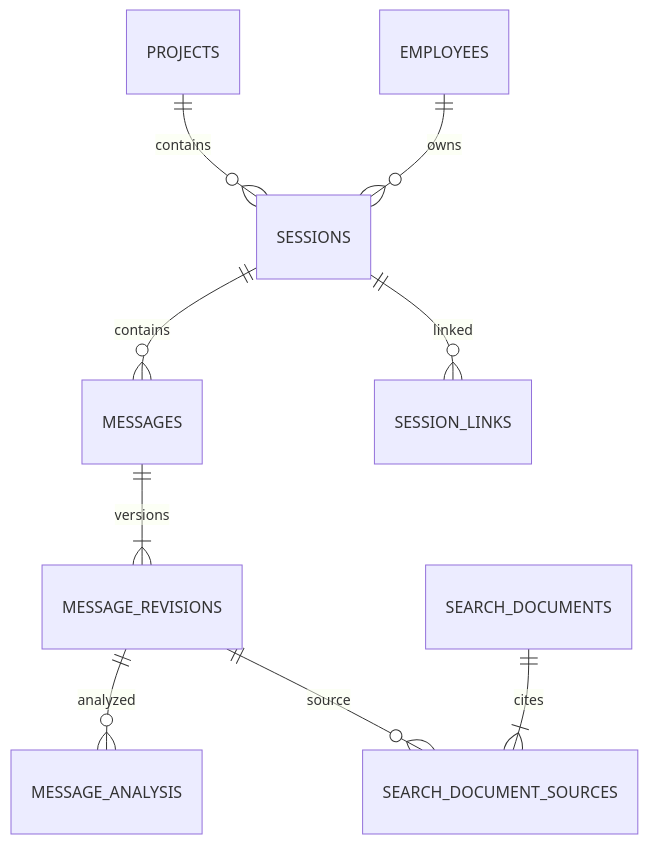
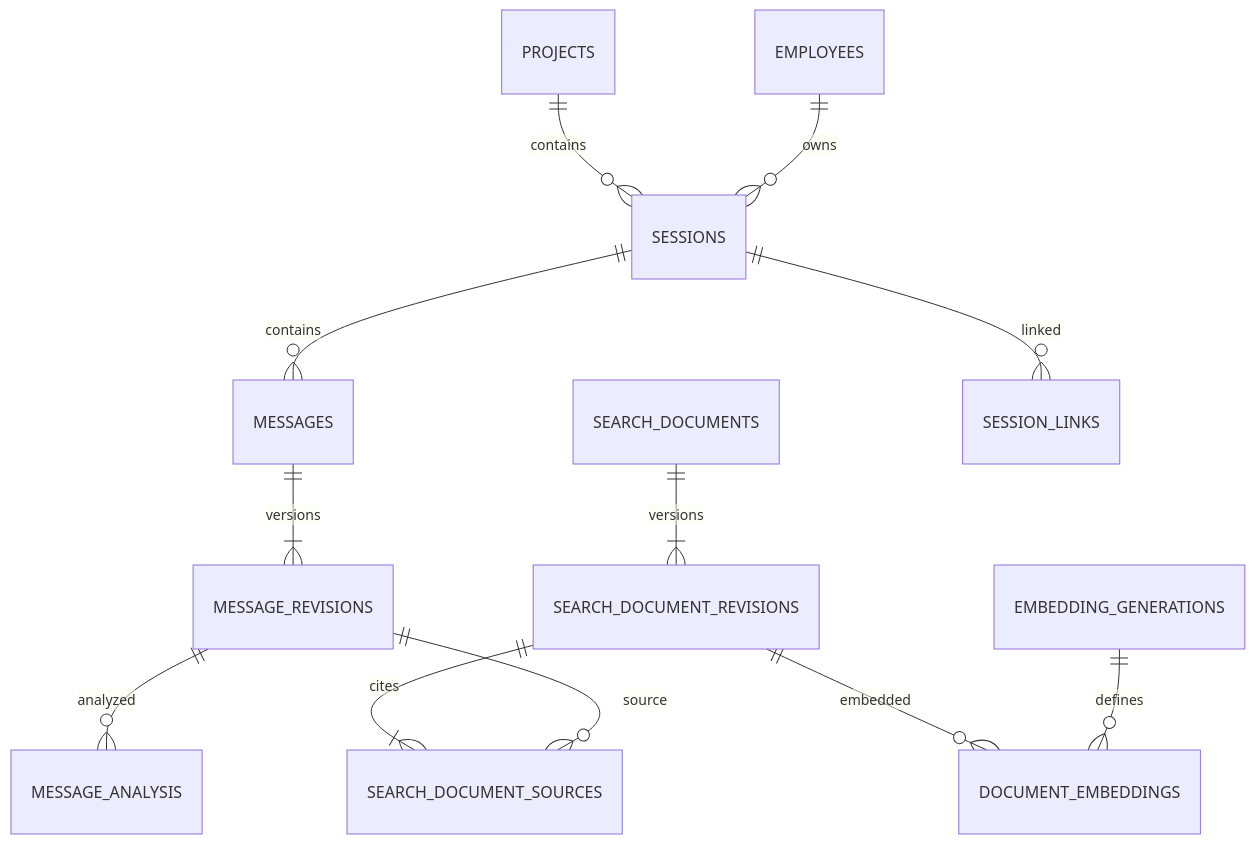
The second of 5 diagrams in development-conversation-memory-implementation-plan.md (k2-dev0/yori), drawn with Mermaid before and after one commit. The commit also changed other lines of this file, not shown here.

````diff
--- a/development-conversation-memory-implementation-plan.md
+++ b/development-conversation-memory-implementation-plan.md
@@ -209,11 +306,14 @@
 ```mermaid
 erDiagram
     PROJECTS ||--o{ SESSIONS : contains
     EMPLOYEES ||--o{ SESSIONS : owns
     SESSIONS ||--o{ MESSAGES : contains
     MESSAGES ||--|{ MESSAGE_REVISIONS : versions
     MESSAGE_REVISIONS ||--o{ MESSAGE_ANALYSIS : analyzed
-    SEARCH_DOCUMENTS ||--|{ SEARCH_DOCUMENT_SOURCES : cites
+    SEARCH_DOCUMENTS ||--|{ SEARCH_DOCUMENT_REVISIONS : versions
+    SEARCH_DOCUMENT_REVISIONS ||--o{ DOCUMENT_EMBEDDINGS : embedded
+    EMBEDDING_GENERATIONS ||--o{ DOCUMENT_EMBEDDINGS : defines
+    SEARCH_DOCUMENT_REVISIONS ||--|{ SEARCH_DOCUMENT_SOURCES : cites
     MESSAGE_REVISIONS ||--o{ SEARCH_DOCUMENT_SOURCES : source
     SESSIONS ||--o{ SESSION_LINKS : linked
 ```
````
